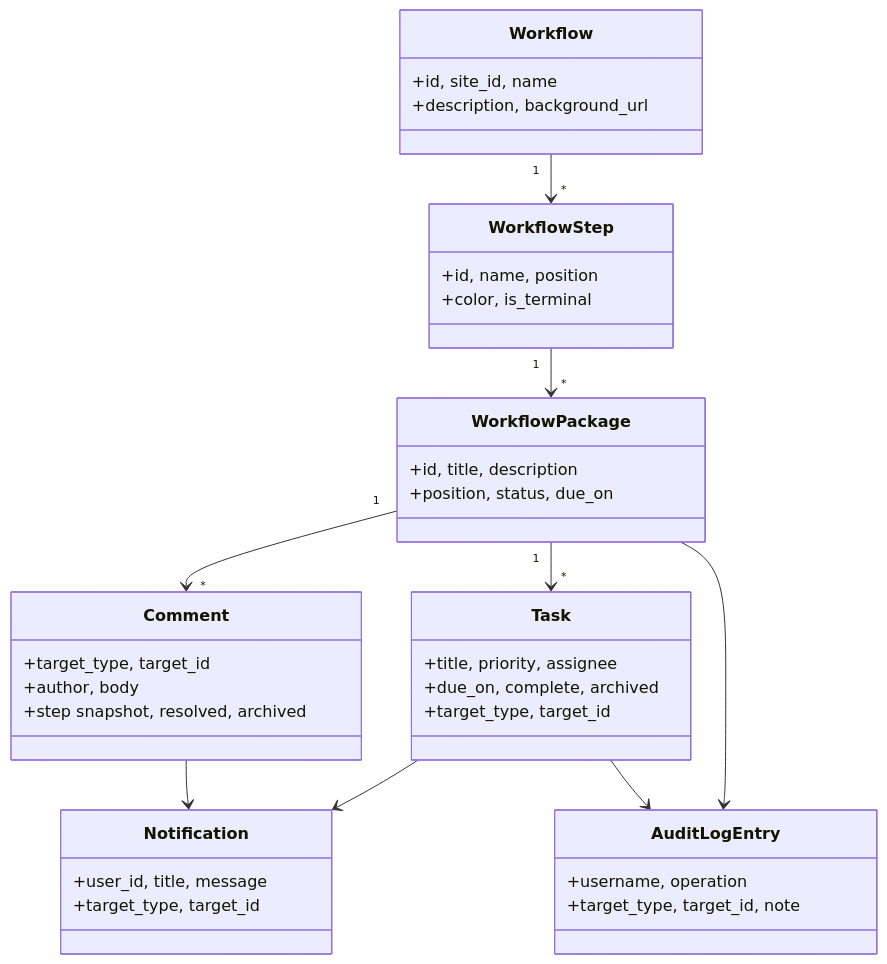
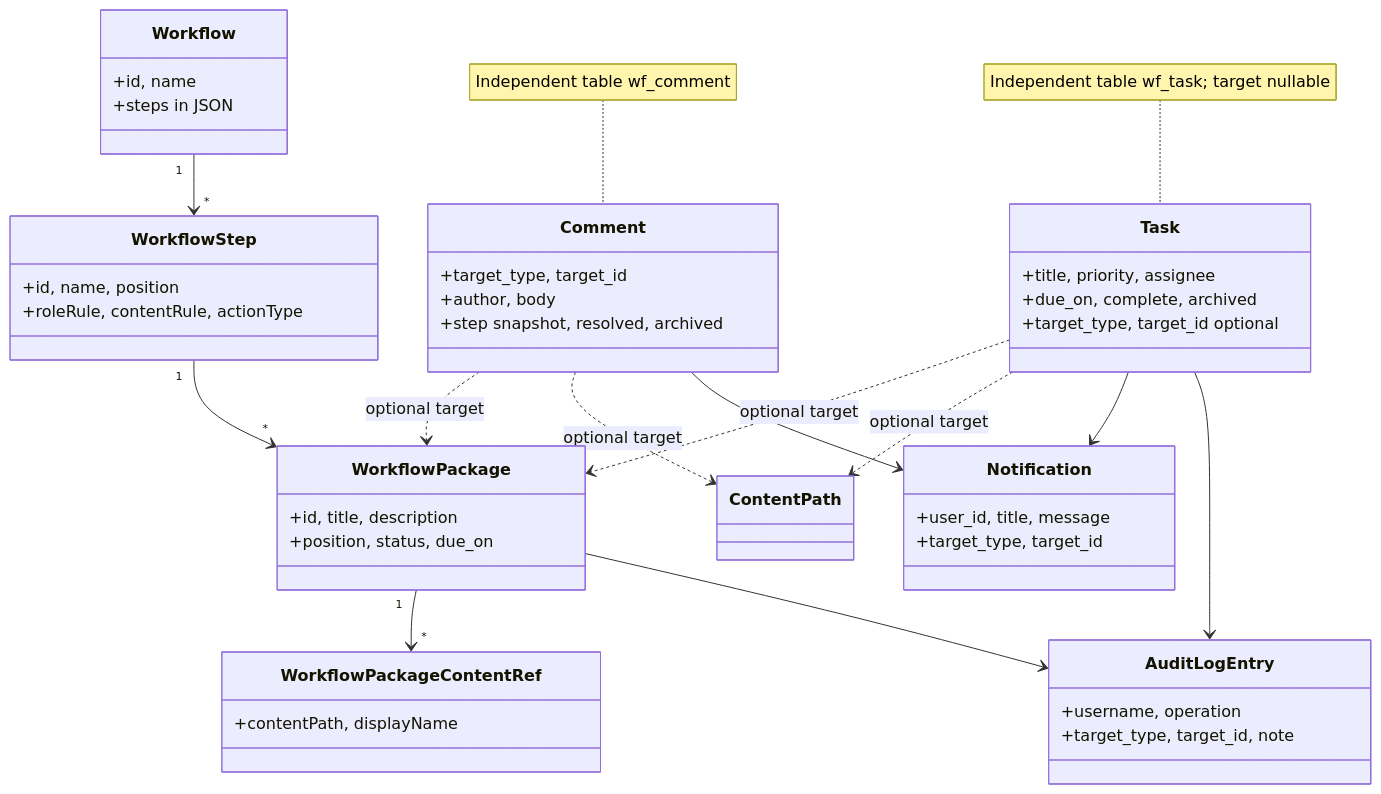
The diagram in docs/FUNCTIONAL_SPEC.md (russdanner/plugin-studio-workflow), drawn with Mermaid before and after one commit. The commit also changed other lines of this file and 7 other files, not shown here.

````diff
--- a/docs/FUNCTIONAL_SPEC.md
+++ b/docs/FUNCTIONAL_SPEC.md
@@ -34,41 +36,49 @@
 ```mermaid
 classDiagram
     class Workflow {
-        +id, site_id, name
-        +description, background_url
+        +id, name
+        +steps in JSON
     }
     class WorkflowStep {
         +id, name, position
-        +color, is_terminal
+        +roleRule, contentRule, actionType
     }
     class WorkflowPackage {
         +id, title, description
         +position, status, due_on
+    }
+    class WorkflowPackageContentRef {
+        +contentPath, displayName
     }
     class Comment {
         +target_type, target_id
         +author, body
         +step snapshot, resolved, archived
     }
     class Task {
         +title, priority, assignee
         +due_on, complete, archived
-        +target_type, target_id
+        +target_type, target_id optional
     }
     class Notification {
         +user_id, title, message
         +target_type, target_id
     }
     class AuditLogEntry {
         +username, operation
         +target_type, target_id, note
     }
     Workflow "1" --> "*" WorkflowStep
     WorkflowStep "1" --> "*" WorkflowPackage
-    WorkflowPackage "1" --> "*" Comment
-    WorkflowPackage "1" --> "*" Task
+    WorkflowPackage "1" --> "*" WorkflowPackageContentRef
+    Comment ..> WorkflowPackage : optional target
+    Comment ..> ContentPath : optional target
+    Task ..> WorkflowPackage : optional target
+    Task ..> ContentPath : optional target
     Task --> Notification
     Comment --> Notification
     Task --> AuditLogEntry
     WorkflowPackage --> AuditLogEntry
+    note for Comment "Independent table wf_comment"
+    note for Task "Independent table wf_task; target nullable"
 ```
````
